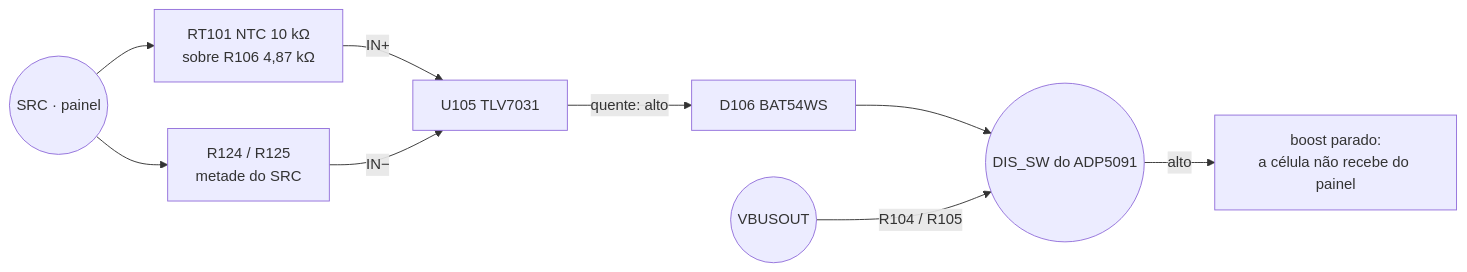
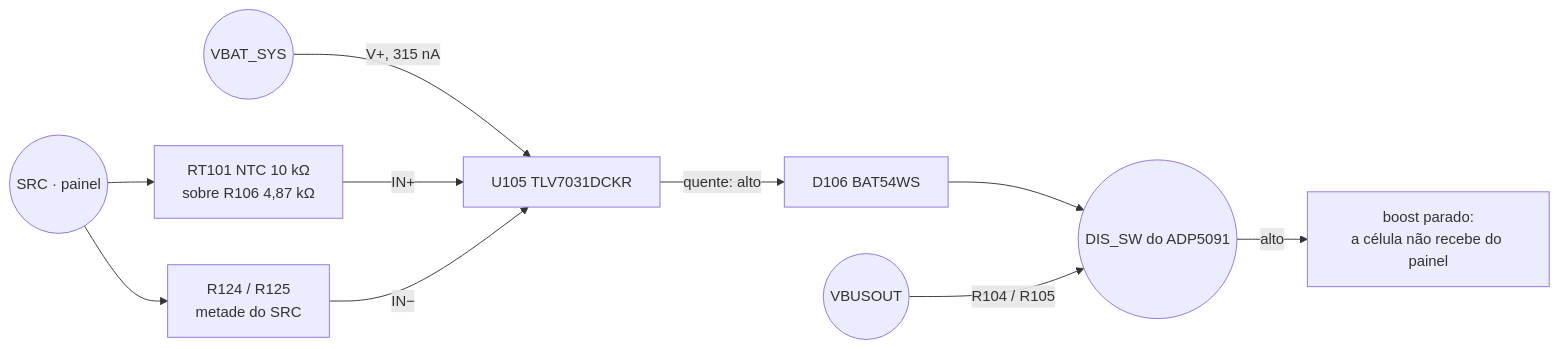
The fourth of 4 diagrams in hardware_gnssbike/07-sequencias-e-protecao.md (Guiimartinho/gnss-bike-computer), drawn with Mermaid before and after one commit. The commit also changed other lines of this file and 63 other files, not shown here.

````diff
--- a/hardware_gnssbike/07-sequencias-e-protecao.md
+++ b/hardware_gnssbike/07-sequencias-e-protecao.md
@@ -345,10 +370,11 @@
 ```mermaid
 flowchart LR
     SRC(("SRC · painel")) --> RT["RT101 NTC 10 kΩ<br/>sobre R106 4,87 kΩ"]
     SRC --> REF["R124 / R125<br/>metade do SRC"]
-    RT -->|"IN+"| CMP["U105 TLV7031"]
+    VBS(("VBAT_SYS")) -->|"V+, 315 nA"| CMP
+    RT -->|"IN+"| CMP["U105 TLV7031DCKR"]
     REF -->|"IN−"| CMP
     CMP -->|"quente: alto"| D106["D106 BAT54WS"] --> DIS(("DIS_SW do ADP5091"))
     VBUSOUT(("VBUSOUT")) -->|"R104 / R105"| DIS
     DIS -->|"alto"| OFF["boost parado:<br/>a célula não recebe do painel"]
 ```
````
